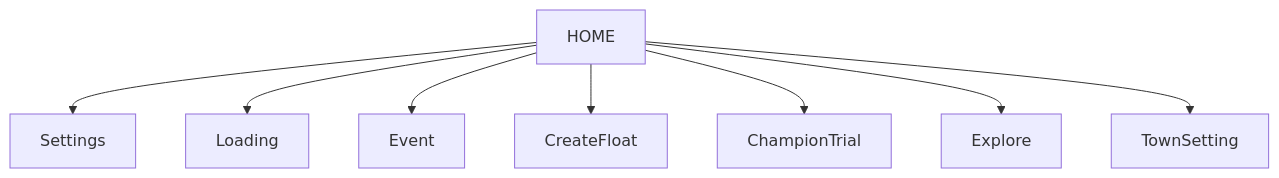
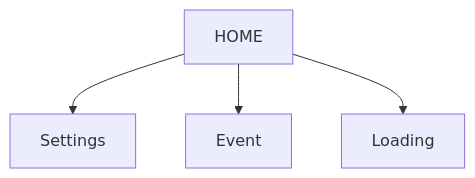
One commit to vietgs03/onmyoji-bot changed the diagram in exploration/graph.md. Above: the diagram before and after it, drawn with Mermaid. The commit also changed other lines of this file and 62 other files, not shown here.

Commit message:
Explorer run: 23 states labeled -> 4 logical nodes (HOME hub, Settings x5, Event x4); auto goto-HOME on start + escape

````diff
--- a/exploration/graph.md
+++ b/exploration/graph.md
@@ -27,10 +19,6 @@
 ```mermaid
 graph TD
     HOME[HOME] --> Settings[Settings]
+    HOME[HOME] --> Event[Event]
     HOME[HOME] --> Loading[Loading]
-    HOME[HOME] --> Event[Event]
-    HOME[HOME] --> CreateFloat[CreateFloat]
-    HOME[HOME] --> ChampionTrial[ChampionTrial]
-    HOME[HOME] --> Explore[Explore]
-    HOME[HOME] --> TownSetting[TownSetting]
 ```
````
